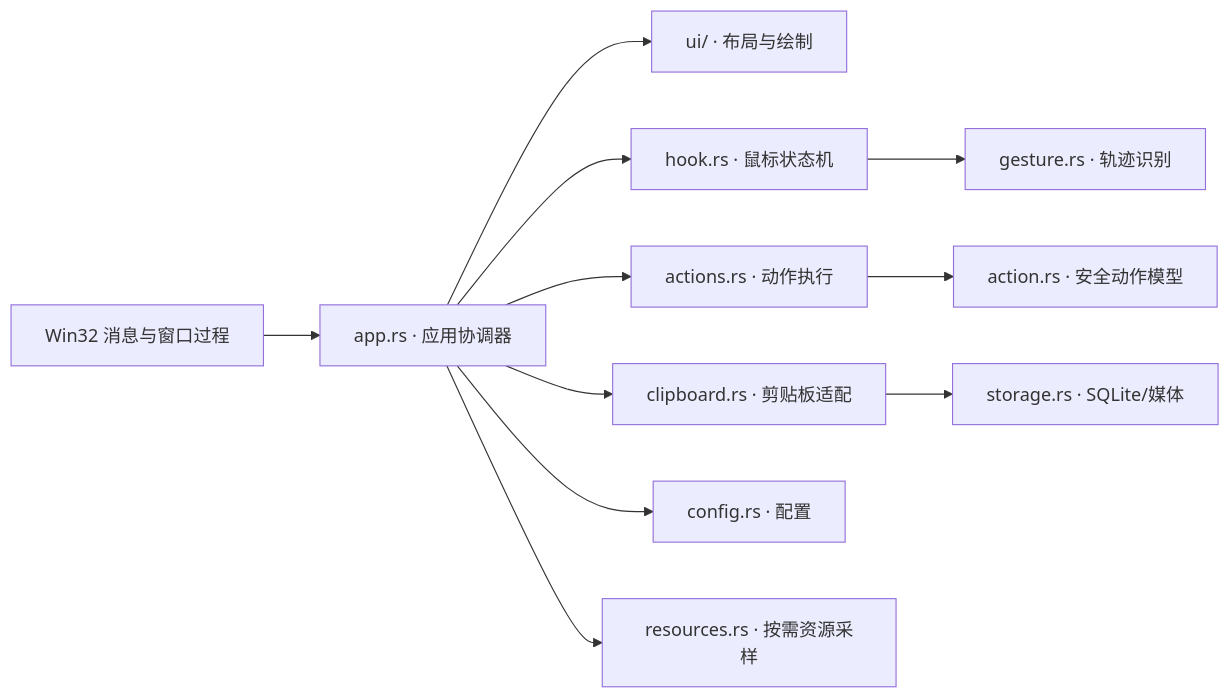
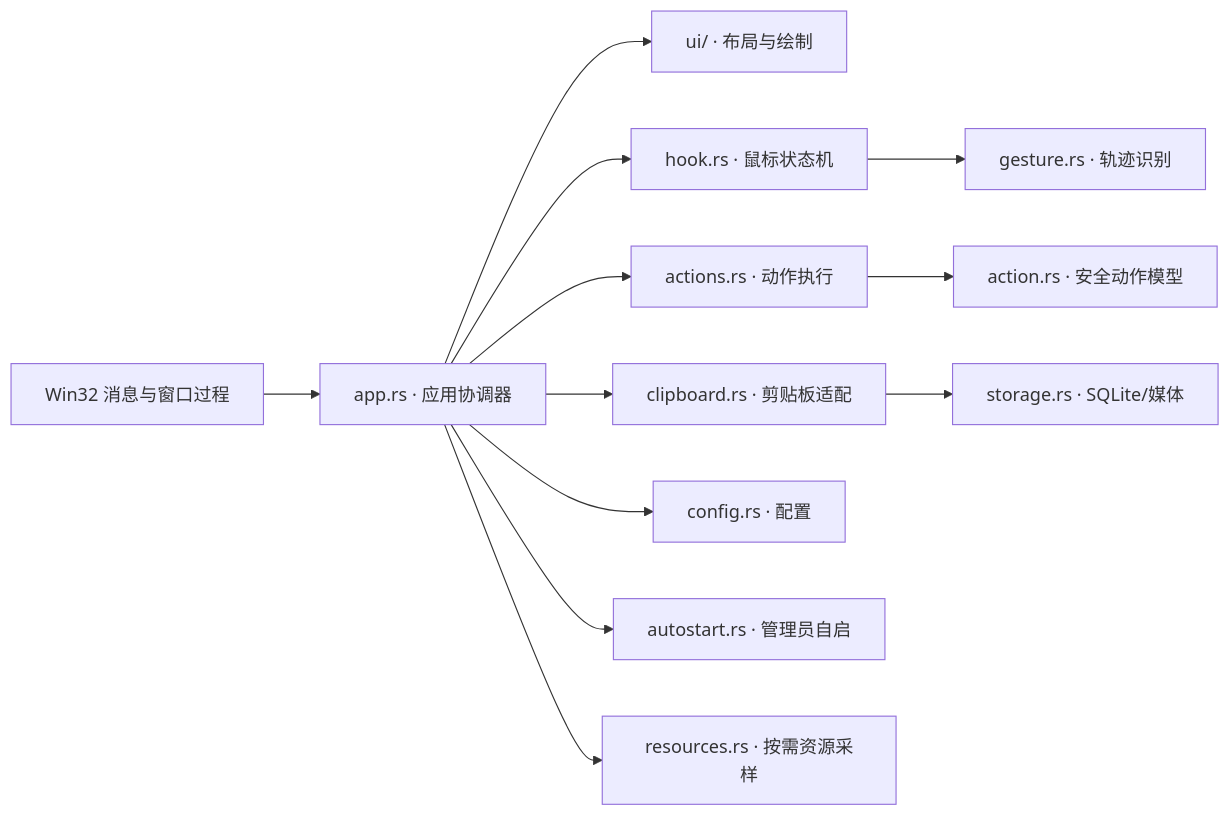
One commit to cirrusli/Xmouse changed the first of 2 diagrams in docs/ARCHITECTURE.md. Above: the diagram before and after it, drawn with Mermaid. The commit also changed other lines of this file and 12 other files, not shown here.

````diff
--- a/docs/ARCHITECTURE.md
+++ b/docs/ARCHITECTURE.md
@@ -7,13 +7,14 @@
 ```mermaid
 flowchart LR
     Win32["Win32 消息与窗口过程"] --> App["app.rs · 应用协调器"]
     App --> UI["ui/ · 布局与绘制"]
     App --> Hook["hook.rs · 鼠标状态机"]
     App --> Actions["actions.rs · 动作执行"]
     Actions --> ActionModel["action.rs · 安全动作模型"]
     App --> Clipboard["clipboard.rs · 剪贴板适配"]
     Clipboard --> Storage["storage.rs · SQLite/媒体"]
     Hook --> Gesture["gesture.rs · 轨迹识别"]
     App --> Config["config.rs · 配置"]
+    App --> Autostart["autostart.rs · 管理员自启"]
     App --> Resources["resources.rs · 按需资源采样"]
 ```
````
